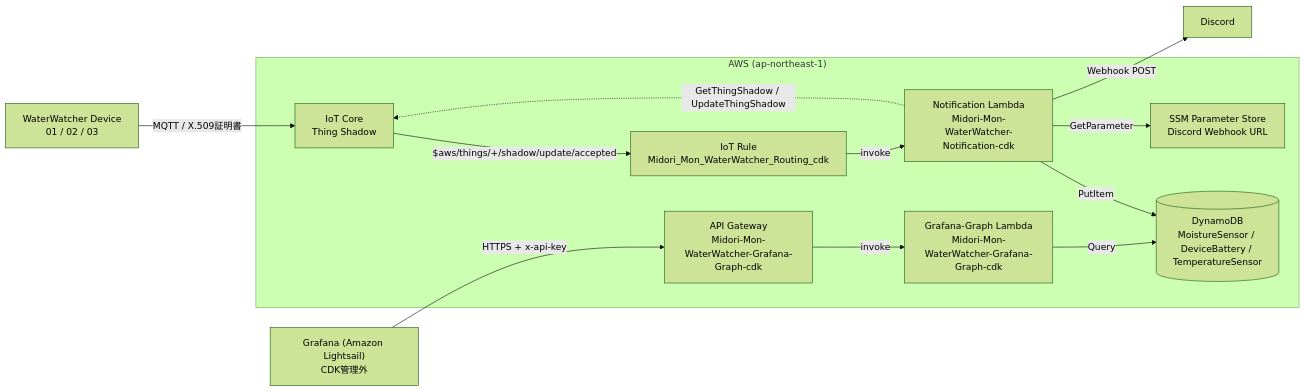
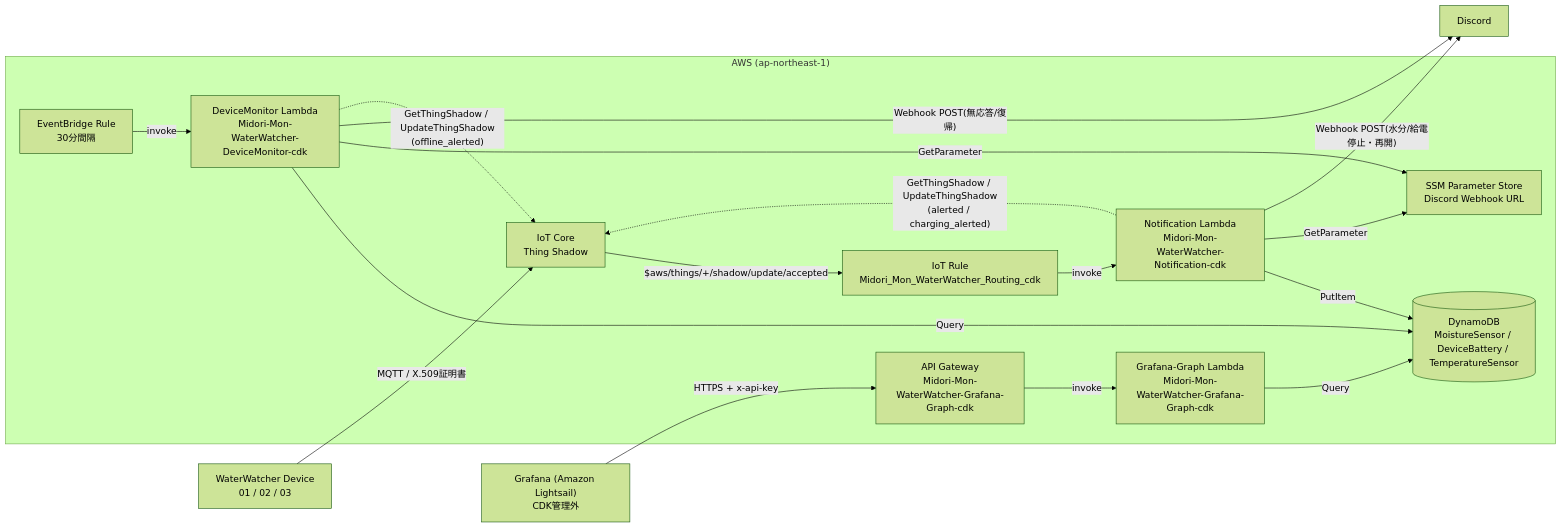
Before and after one commit to newkanimakidesuyo-hub/Midori-Mon-WaterWatcher-AWS: the diagram in docs/architecture-diagram.md, drawn with Mermaid (forest theme).

Commit message:
update : 構成図を更新

````diff
--- a/docs/architecture-diagram.md
+++ b/docs/architecture-diagram.md
@@ -3,29 +3,37 @@
 ```mermaid
 flowchart LR
     D["WaterWatcher Device<br/>01 / 02 / 03"]
 
     subgraph AWS["AWS (ap-northeast-1)"]
         IOT["IoT Core<br/>Thing Shadow"]
         RULE["IoT Rule<br/>Midori_Mon_WaterWatcher_Routing_cdk"]
         NLAMBDA["Notification Lambda<br/>Midori-Mon-WaterWatcher-Notification-cdk"]
+        EVB["EventBridge Rule<br/>30分間隔"]
+        MLAMBDA["DeviceMonitor Lambda<br/>Midori-Mon-WaterWatcher-DeviceMonitor-cdk"]
         SSM["SSM Parameter Store<br/>Discord Webhook URL"]
         DDB[("DynamoDB<br/>MoistureSensor / DeviceBattery / TemperatureSensor")]
         APIGW["API Gateway<br/>Midori-Mon-WaterWatcher-Grafana-Graph-cdk"]
         GLAMBDA["Grafana-Graph Lambda<br/>Midori-Mon-WaterWatcher-Grafana-Graph-cdk"]
     end
 
     DISCORD["Discord"]
     GRAFANA["Grafana (Amazon Lightsail)<br/>CDK管理外"]
 
     D -- "MQTT / X.509証明書" --> IOT
     IOT -- "$aws/things/+/shadow/update/accepted" --> RULE
     RULE -- invoke --> NLAMBDA
     NLAMBDA -- PutItem --> DDB
     NLAMBDA -- GetParameter --> SSM
-    NLAMBDA -- "Webhook POST" --> DISCORD
-    NLAMBDA -. "GetThingShadow / UpdateThingShadow" .-> IOT
+    NLAMBDA -- "Webhook POST(水分/給電停止・再開)" --> DISCORD
+    NLAMBDA -. "GetThingShadow / UpdateThingShadow<br/>(alerted / charging_alerted)" .-> IOT
+
+    EVB -- invoke --> MLAMBDA
+    MLAMBDA -- Query --> DDB
+    MLAMBDA -- GetParameter --> SSM
+    MLAMBDA -- "Webhook POST(無応答/復帰)" --> DISCORD
+    MLAMBDA -. "GetThingShadow / UpdateThingShadow<br/>(offline_alerted)" .-> IOT
 
     GRAFANA -- "HTTPS + x-api-key" --> APIGW
     APIGW -- invoke --> GLAMBDA
     GLAMBDA -- Query --> DDB
 ```
````
